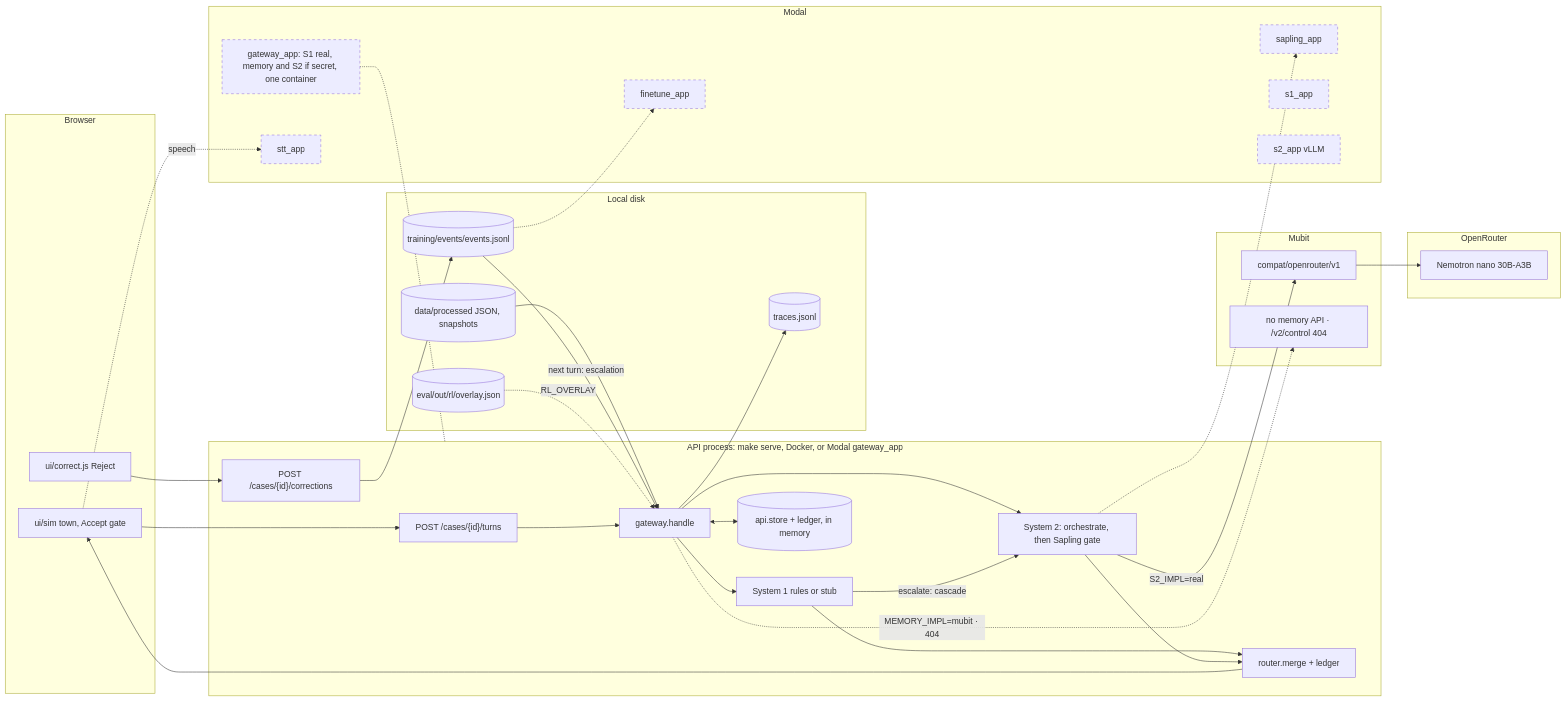
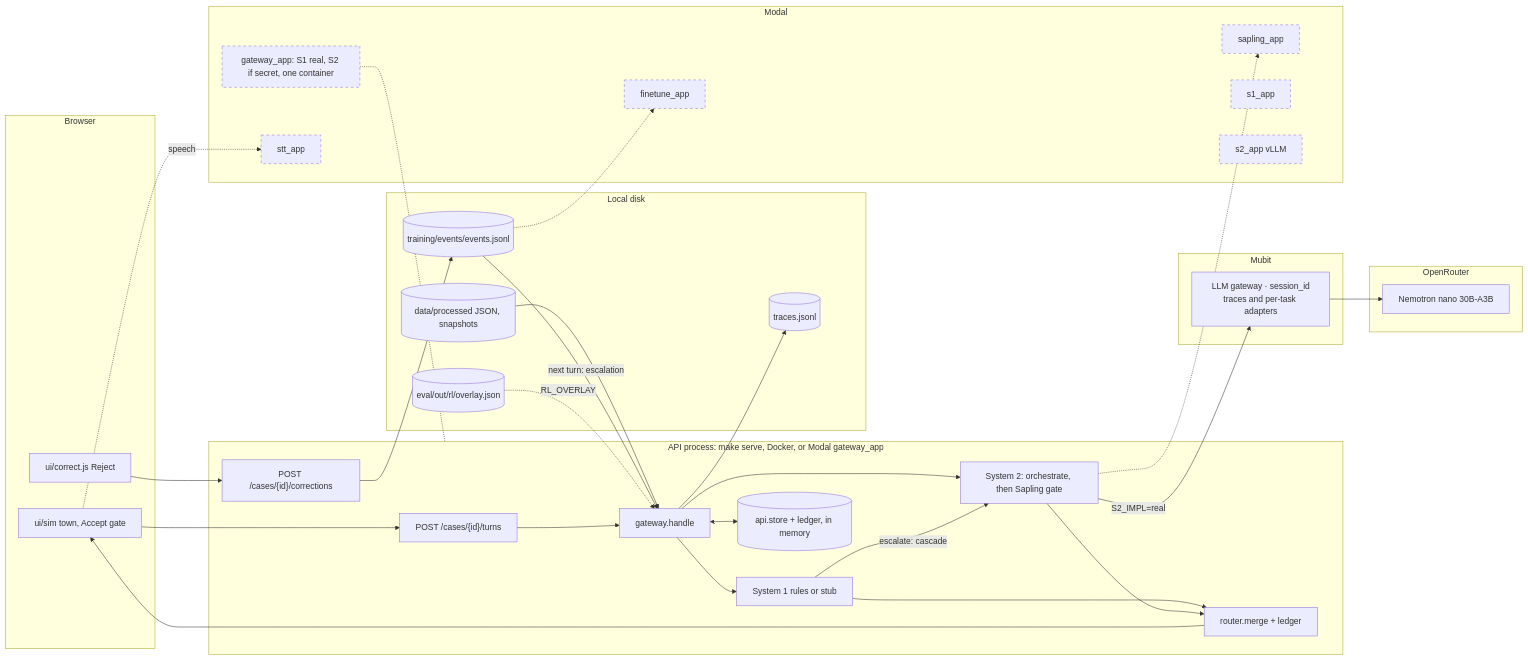
One commit to melaniepreen/Baan-Safe changed the third of 3 diagrams in BaanSafe_Revised_Architecture.md. Above: the diagram before and after it, drawn with Mermaid. The commit also changed other lines of this file and 2 other files, not shown here.

Commit message:
docs: refresh architecture diagram (5f903d2)

````diff
--- a/BaanSafe_Revised_Architecture.md
+++ b/BaanSafe_Revised_Architecture.md
@@ -95,57 +94,55 @@
 ```mermaid
 flowchart LR
   classDef unwired stroke-dasharray: 5 5
   subgraph browser["Browser"]
     phone["ui/sim town, Accept gate"]
     correct["ui/correct.js Reject"]
   end
   subgraph api["API process: make serve, Docker, or Modal gateway_app"]
     turns["POST /cases/{id}/turns"]
     gw["gateway.handle"]
     s1["System 1 rules or stub"]
     s2["System 2: orchestrate, then Sapling gate"]
     router["router.merge + ledger"]
     corr["POST /cases/{id}/corrections"]
     store[("api.store + ledger, in memory")]
   end
   subgraph disk["Local disk"]
     events[("training/events/events.jsonl")]
     traces[("traces.jsonl")]
     snaps[("data/processed JSON, snapshots")]
     overlay[("eval/out/rl/overlay.json")]
   end
   subgraph mubit["Mubit"]
-    compat["compat/openrouter/v1"]
-    mmem["no memory API · /v2/control 404"]
+    compat["LLM gateway · session_id<br/>traces and per-task adapters"]
   end
   subgraph orouter["OpenRouter"]
     nano["Nemotron nano 30B-A3B"]
   end
   subgraph modal["Modal"]
-    gapp["gateway_app: S1 real, memory and S2 if secret, one container"]:::unwired
+    gapp["gateway_app: S1 real, S2 if secret, one container"]:::unwired
     sap["sapling_app"]:::unwired
     ft["finetune_app"]:::unwired
     stt["stt_app"]:::unwired
     s1app["s1_app"]:::unwired
     s2app["s2_app vLLM"]:::unwired
   end
   phone --> turns --> gw
   gw --> s1
   gw --> s2
   s1 -->|"escalate: cascade"| s2
   s2 -->|"S2_IMPL=real"| compat --> nano
   s1 --> router
   s2 --> router
   router --> phone
   gw <--> store
   gw --> traces
   snaps --> gw
   correct --> corr --> events
   events -->|"next turn: escalation"| gw
   overlay -.->|"RL_OVERLAY"| gw
-  gw -.->|"MEMORY_IMPL=mubit · 404"| mmem
   s2 -.-> sap
   events -.-> ft
   phone -.->|"speech"| stt
   gapp -.- api
 ```
````
